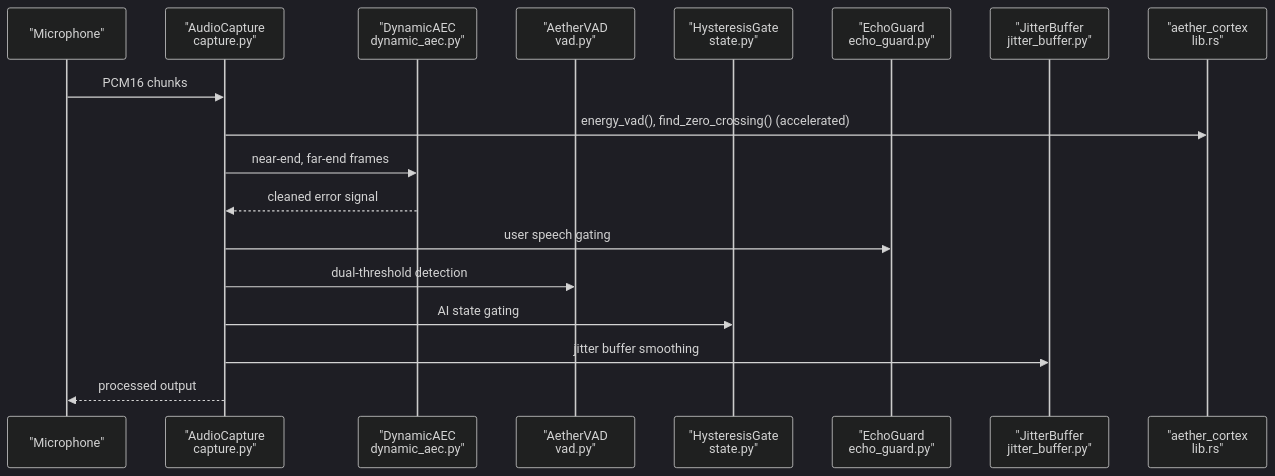
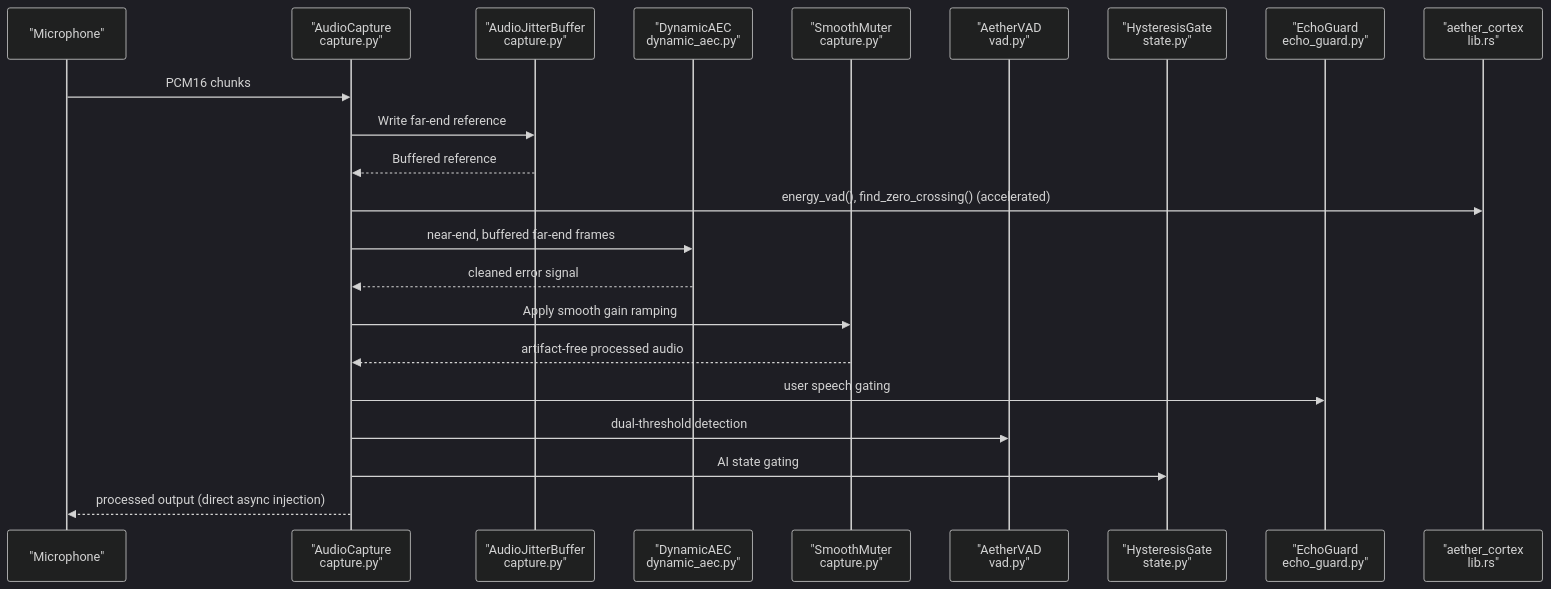
One commit to Moeabdelaziz007/Aether-Voice-OS changed the second of 11 diagrams in .qoder/repowiki/en/content/Audio Processing System/Thalamic Gate V2 Algorithm/Thalamic Gate V2 Algorithm.md. Above: the diagram before and after it, drawn with Mermaid (dark theme). The commit also changed other lines of this file and 29 other files, not shown here.

````diff
--- a/.qoder/repowiki/en/content/Audio Processing System/Thalamic Gate V2 Algorithm/Thalamic Gate V2 Algorithm.md
+++ b/.qoder/repowiki/en/content/Audio Processing System/Thalamic Gate V2 Algorithm/Thalamic Gate V2 Algorithm.md
@@ -113,20 +139,24 @@
 ```mermaid
 sequenceDiagram
 participant Mic as "Microphone"
 participant Cap as "AudioCapture<br/>capture.py"
+participant AJB as "AudioJitterBuffer<br/>capture.py"
 participant AEC as "DynamicAEC<br/>dynamic_aec.py"
+participant SM as "SmoothMuter<br/>capture.py"
 participant VAD as "AetherVAD<br/>vad.py"
 participant Gate as "HysteresisGate<br/>state.py"
 participant EG as "EchoGuard<br/>echo_guard.py"
-participant JB as "JitterBuffer<br/>jitter_buffer.py"
 participant CT as "aether_cortex<br/>lib.rs"
 Mic->>Cap : PCM16 chunks
+Cap->>AJB : Write far-end reference
+AJB-->>Cap : Buffered reference
 Cap->>CT : energy_vad(), find_zero_crossing() (accelerated)
-Cap->>AEC : near-end, far-end frames
+Cap->>AEC : near-end, buffered far-end frames
 AEC-->>Cap : cleaned error signal
+Cap->>SM : Apply smooth gain ramping
+SM-->>Cap : artifact-free processed audio
 Cap->>EG : user speech gating
 Cap->>VAD : dual-threshold detection
 Cap->>Gate : AI state gating
-Cap->>JB : jitter buffer smoothing
-Cap-->>Mic : processed output
+Cap-->>Mic : processed output (direct async injection)
 ```
````
